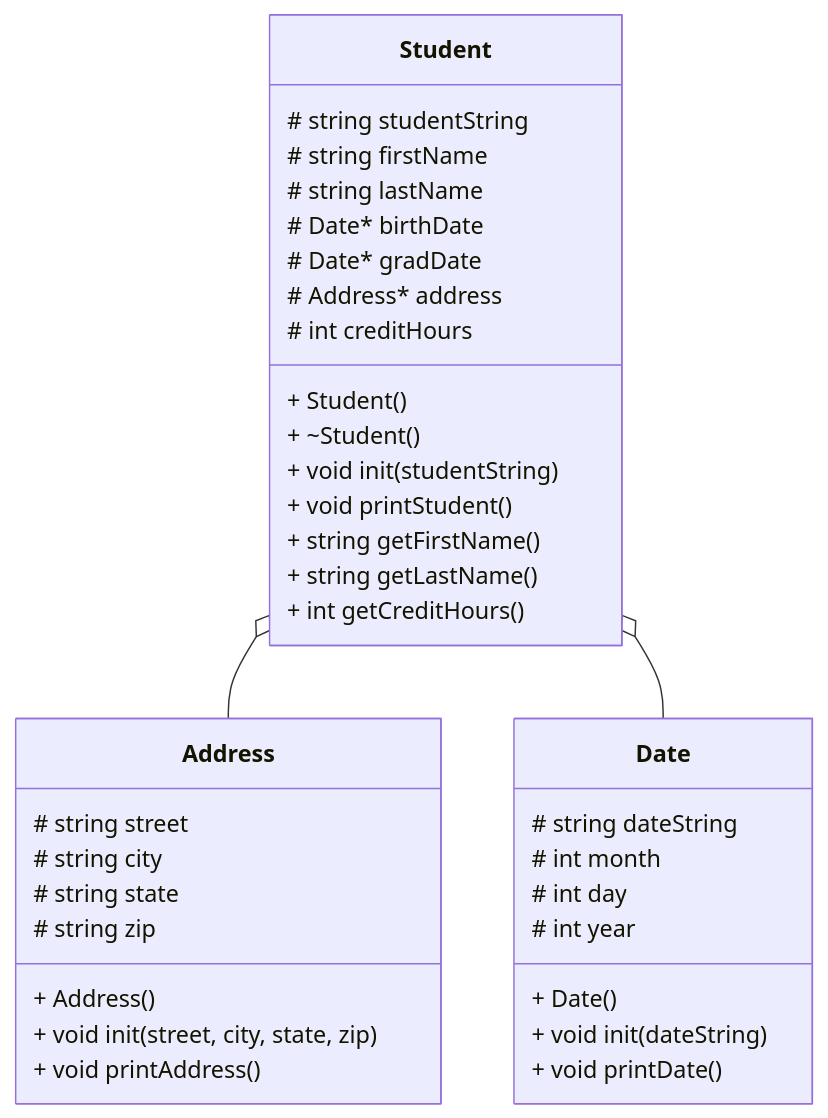
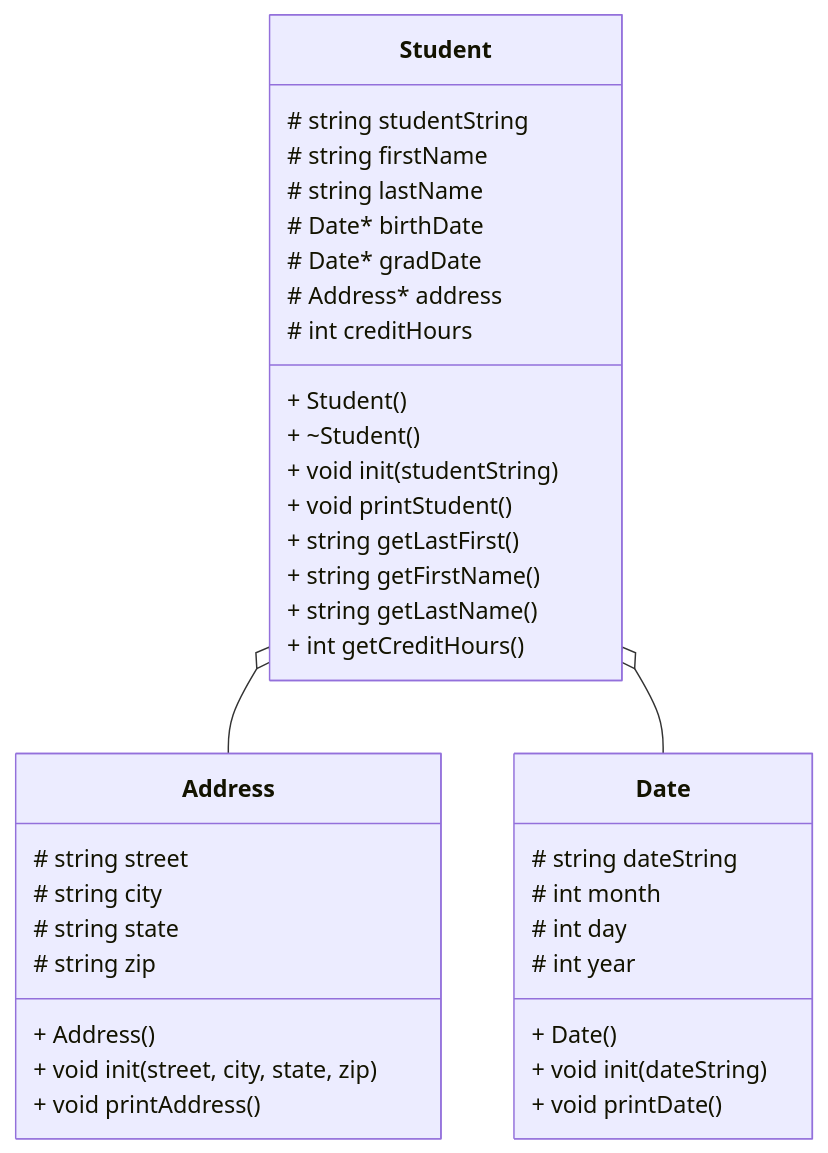
Before and after one commit to ajbeck800/CS121_Project_6_Beck: the diagram in README.md, drawn with Mermaid. The commit also changed 2 other files, not shown here.

````diff
--- a/README.md
+++ b/README.md
@@ -4,40 +4,41 @@
 ```mermaid
 classDiagram
     class Student{
       # string studentString
       # string firstName
       # string lastName
       # Date* birthDate
       # Date* gradDate
       # Address* address
       # int creditHours
       + Student()
       + ~Student()
       + void init(studentString)
       + void printStudent()
+      + string getLastFirst()
       + string getFirstName()
       + string getLastName()
       + int getCreditHours()
     }
     class Address{
       # string street
       # string city
       # string state
       # string zip
       + Address()
       + void init(street, city, state, zip)
       + void printAddress()
     }
     class Date{
       # string dateString
       # int month
       # int day
       # int year
       + Date()
       + void init(dateString)
       + void printDate()
     }
 
 Student o-- Address
 Student o-- Date
 ```
````
